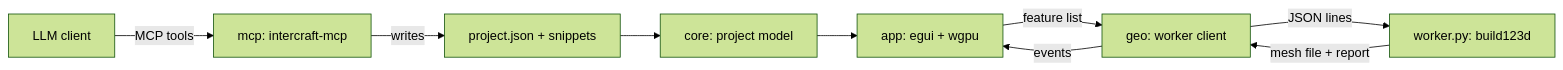
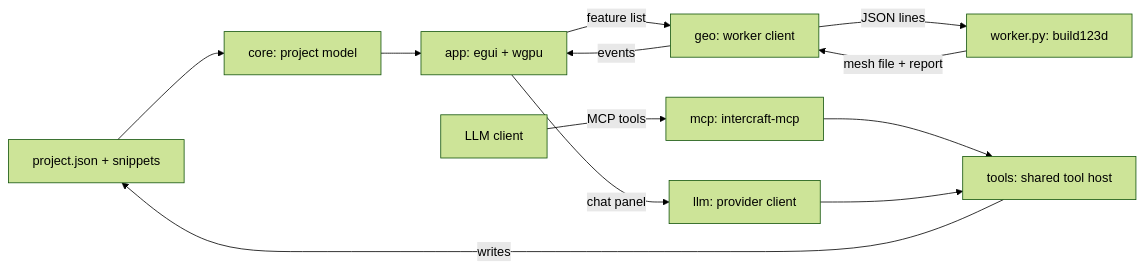
One commit to alaskai/InterCraft changed the diagram in README.md. Above: the diagram before and after it, drawn with Mermaid (forest theme). The commit also changed other lines of this file and 1 other file, not shown here.

Commit message:
docs: describe the chat panel and add a mock API server for testing

````diff
--- a/README.md
+++ b/README.md
@@ -104,11 +128,14 @@
 ```mermaid
 flowchart LR
     F[project.json + snippets] --> C[core: project model]
     C --> A[app: egui + wgpu]
     A -- feature list --> G[geo: worker client]
     G -- JSON lines --> W[worker.py: build123d]
     W -- mesh file + report --> G
     G -- events --> A
     L[LLM client] -- MCP tools --> M[mcp: intercraft-mcp]
-    M -- writes --> F
+    M --> T[tools: shared tool host]
+    A -- chat panel --> LL[llm: provider client]
+    LL --> T
+    T -- writes --> F
 ```
````
